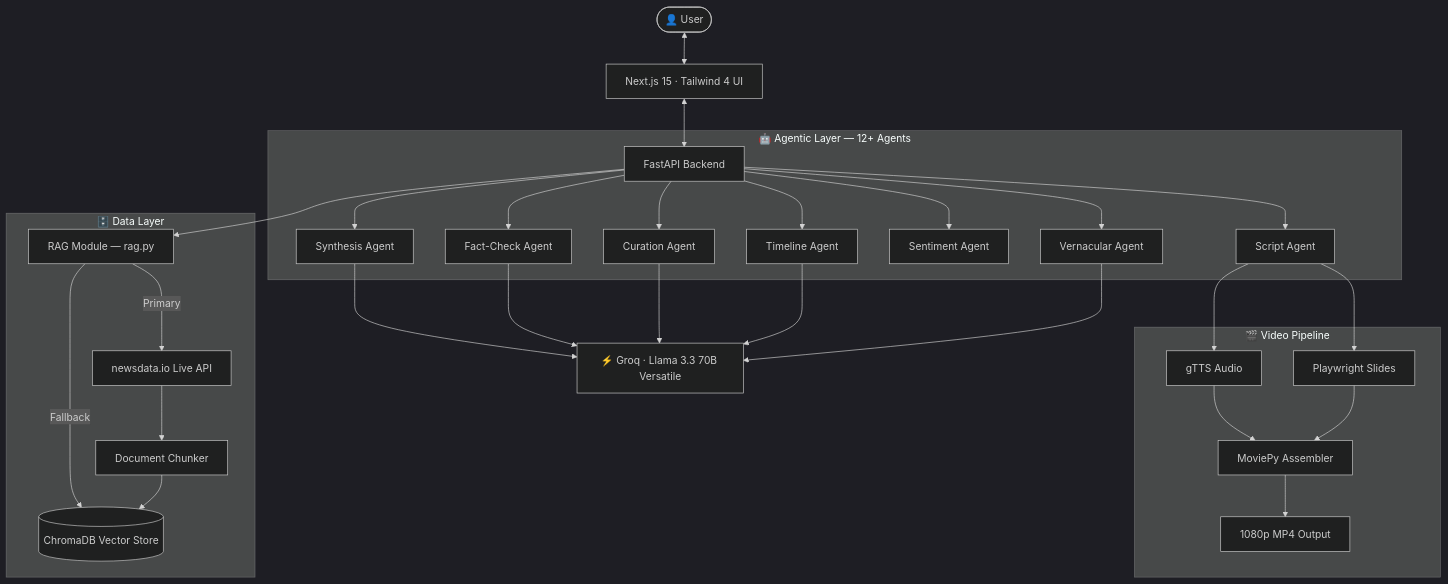
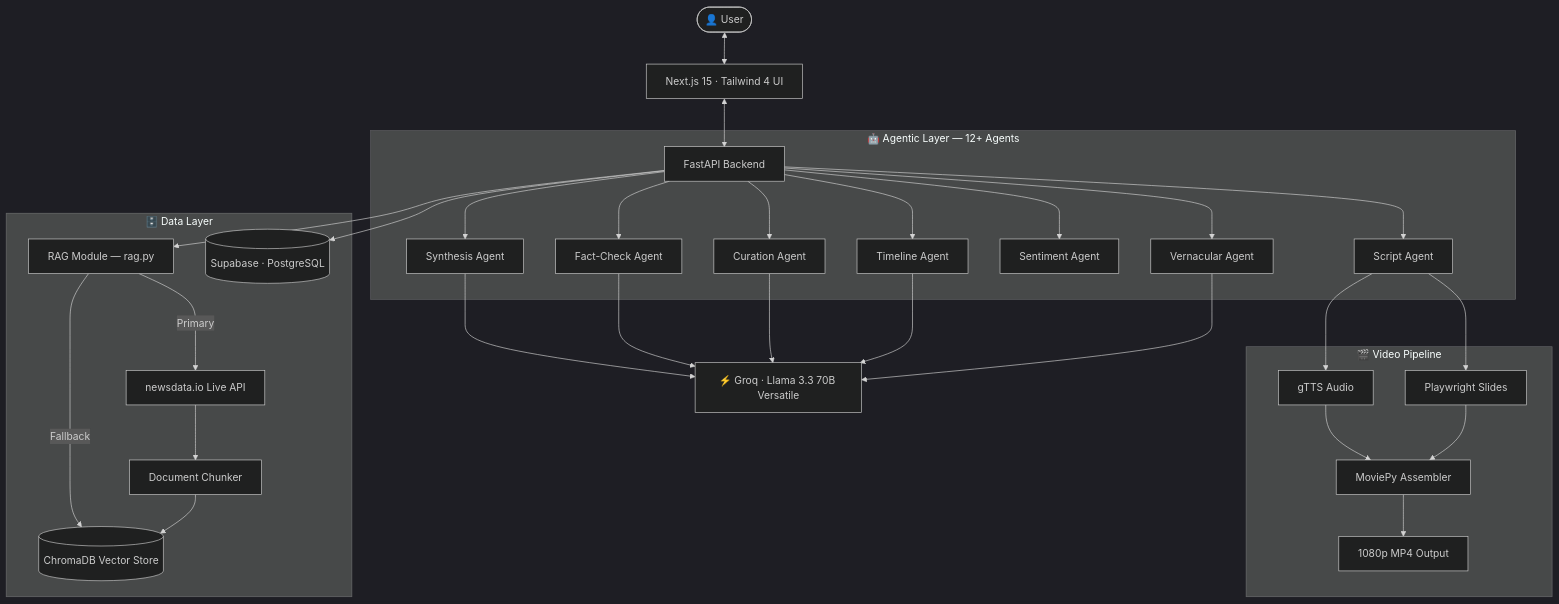
Before and after one commit to Parshvashah23/ET-Pulse: the first of 2 diagrams in README.md, drawn with Mermaid (dark theme). The commit also changed other lines of this file and 14 other files, not shown here.

````diff
--- a/README.md
+++ b/README.md
@@ -124,37 +125,38 @@
 ```mermaid
 graph TD
     User([👤 User]) <--> Frontend[Next.js 15 · Tailwind 4 UI]
     Frontend <--> Backend[FastAPI Backend]
 
     subgraph Agentic_Layer [🤖 Agentic Layer — 12+ Agents]
         Backend --> Synthesis[Synthesis Agent]
         Backend --> FactCheck[Fact-Check Agent]
         Backend --> FeedAgent[Curation Agent]
         Backend --> Timeline[Timeline Agent]
         Backend --> Sentiment[Sentiment Agent]
         Backend --> ScriptAgent[Script Agent]
         Backend --> Translate[Vernacular Agent]
     end
 
     Synthesis --> LLM[⚡ Groq · Llama 3.3 70B Versatile]
     FactCheck --> LLM
     FeedAgent --> LLM
     Timeline --> LLM
     Translate --> LLM
 
     subgraph Data_Layer [🗄️ Data Layer]
         Backend --> RAG[RAG Module — rag.py]
         RAG -->|Primary| NewsAPI[newsdata.io Live API]
         RAG -->|Fallback| Chroma[(ChromaDB Vector Store)]
         NewsAPI --> Chunker[Document Chunker]
         Chunker --> Chroma
+        Backend --> Supabase[(Supabase · PostgreSQL)]
     end
 
     subgraph Video_Pipeline [🎬 Video Pipeline]
         ScriptAgent --> TTS[gTTS Audio]
         ScriptAgent --> Slides[Playwright Slides]
         TTS --> Assembler[MoviePy Assembler]
         Slides --> Assembler
         Assembler --> Output[1080p MP4 Output]
     end
 ```
````
